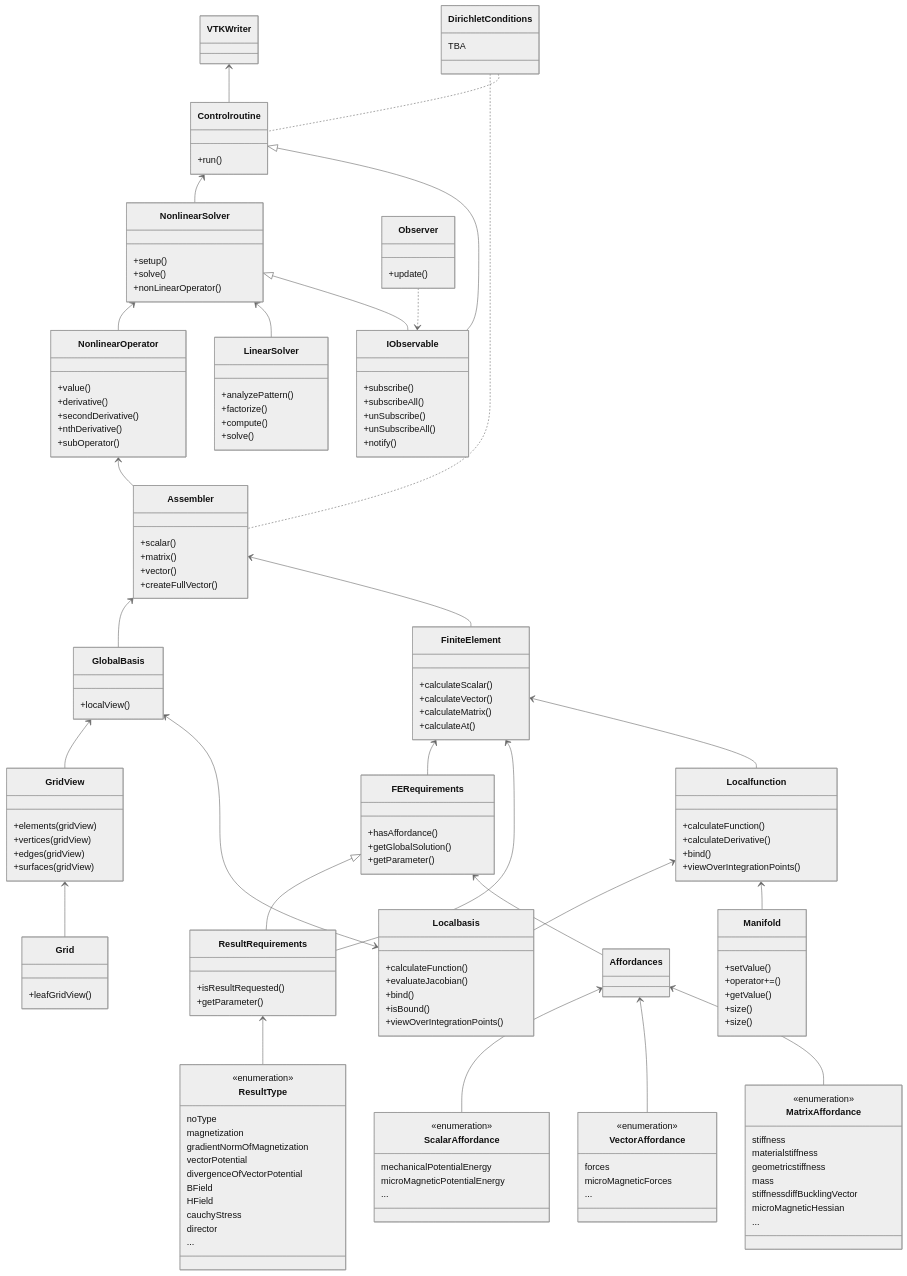
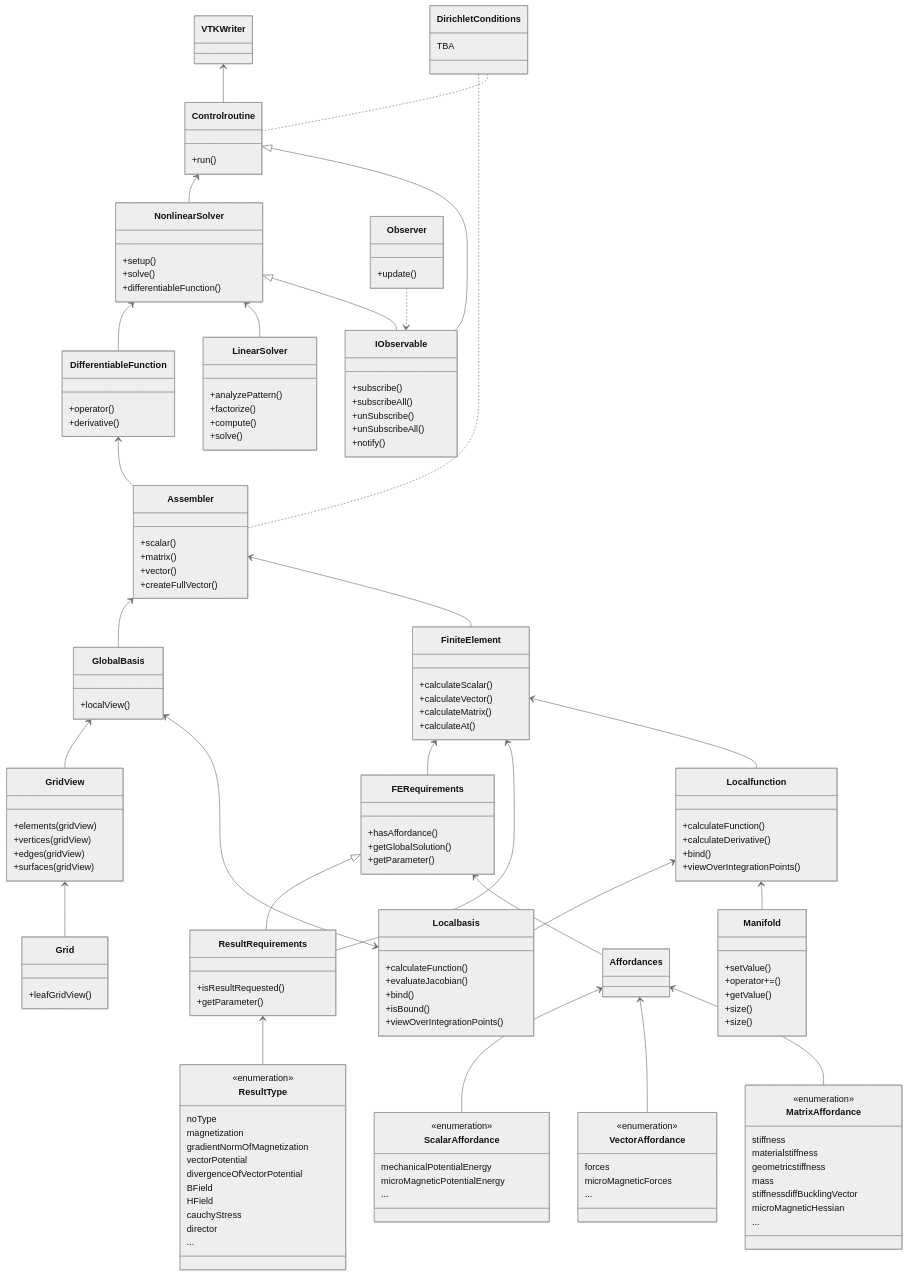
One commit to ikarus-project/ikarus changed the diagram in docs/website/01_framework/index.md. Above: the diagram before and after it, drawn with Mermaid (neutral theme). The commit also changed 57 other files, not shown here.

Commit message:
Replace nonlinearoperator with differentiable function (#356)

```diff
--- a/docs/website/01_framework/index.md
+++ b/docs/website/01_framework/index.md
@@ -5,7 +5,7 @@
   GridView <-- Grid
   GlobalBasis <-- GridView
   Assembler <-- GlobalBasis
-  NonlinearOperator <-- Assembler
+  DifferentiableFunction <-- Assembler
   Assembler <-- FiniteElement
   FiniteElement <-- FERequirements
   FERequirements <|-- ResultRequirements
@@ -14,7 +14,7 @@
   Localfunction <-- Localbasis
   GlobalBasis <--> Localbasis
   Localfunction <-- Manifold
-  NonlinearSolver <-- NonlinearOperator
+  NonlinearSolver <-- DifferentiableFunction
   NonlinearSolver <-- LinearSolver
   Controlroutine <-- NonlinearSolver
   VTKWriter <-- Controlroutine
@@ -115,7 +115,7 @@
   class NonlinearSolver{
     +setup()
     +solve()
-    +nonLinearOperator()
+    +differentiableFunction()
   }
 
   class GlobalBasis{
@@ -139,12 +139,9 @@
     +compute()
     +solve()
   }
-  class NonlinearOperator{
-    +value()
+  class DifferentiableFunction{
+    +operator()
     +derivative()
-    +secondDerivative()
-    +nthDerivative<n>()
-    +subOperator()
 }
 
   class Localfunction{
@@ -170,7 +167,7 @@
     +size()
   }
 
-click NonlinearOperator href "../nonlinearOperator/"
+click DifferentiableFunction href "../differentiablefunction/"
 click LinearSolver href "../solvers/#linear-solver"
 click NonlinearSolver href "../solvers/#non-linear-solver"
 click FiniteElement href "../finiteElements/"
```
